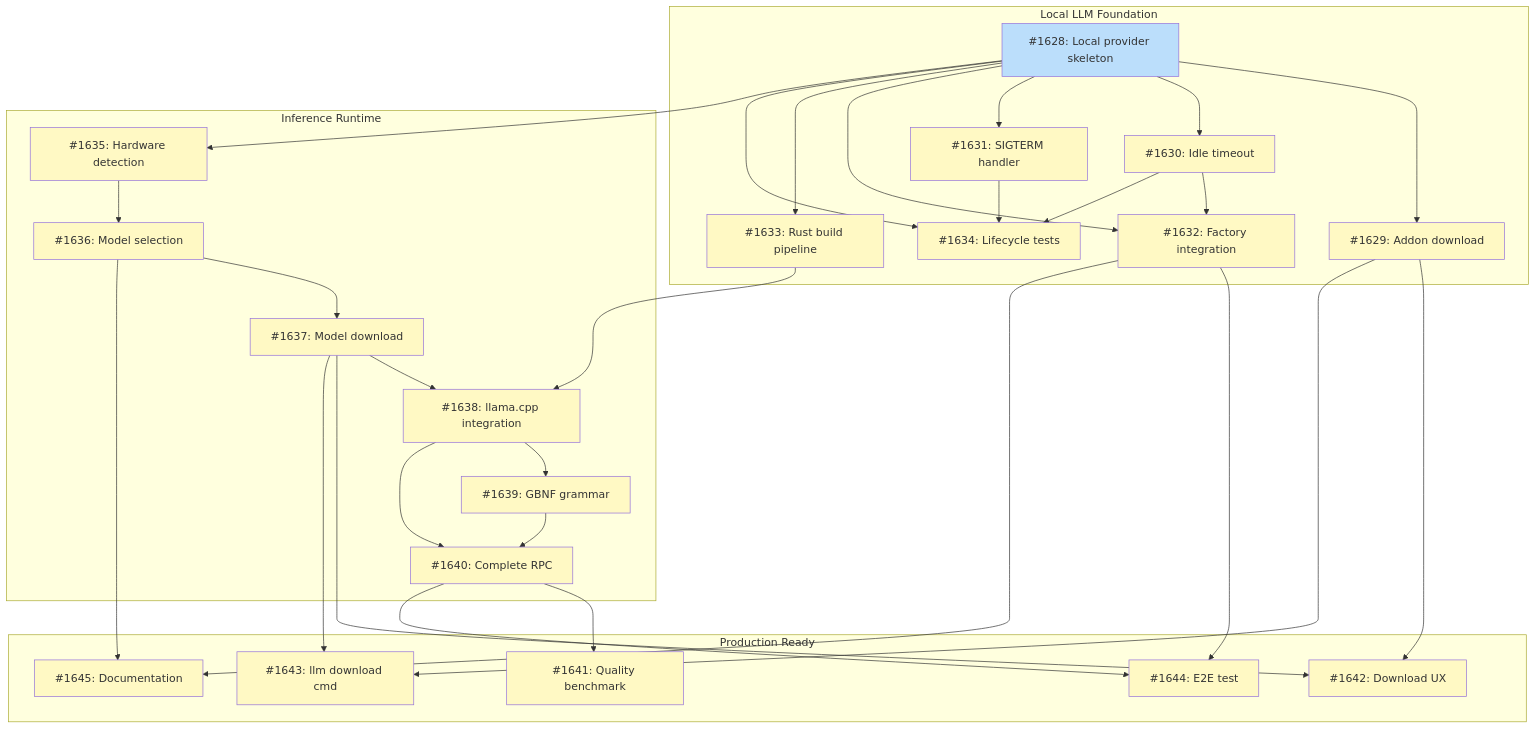
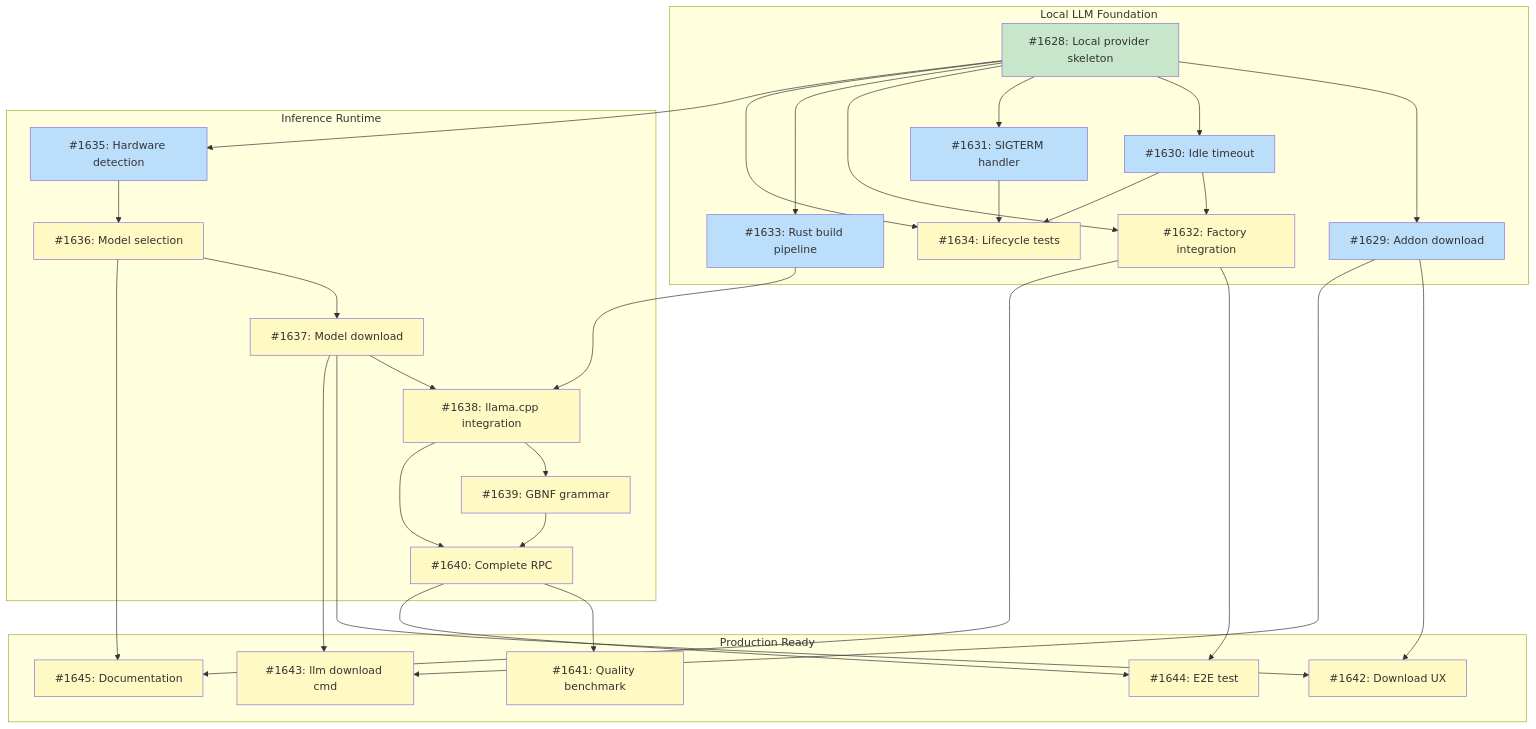
The diagram in docs/designs/DESIGN-local-llm-runtime.md (tsukumogami/tsuku), drawn with Mermaid before and after one commit. The commit also changed 4 other files, not shown here.

First line of the commit message:
chore: update diagram status and clean wip artifacts

````diff
--- a/docs/designs/DESIGN-local-llm-runtime.md
+++ b/docs/designs/DESIGN-local-llm-runtime.md
@@ -74,64 +74,65 @@
 ```mermaid
 graph TD
     subgraph M1["Local LLM Foundation"]
         I1628["#1628: Local provider skeleton"]
         I1629["#1629: Addon download"]
         I1630["#1630: Idle timeout"]
         I1631["#1631: SIGTERM handler"]
         I1632["#1632: Factory integration"]
         I1633["#1633: Rust build pipeline"]
         I1634["#1634: Lifecycle tests"]
     end
 
     subgraph M2["Inference Runtime"]
         I1635["#1635: Hardware detection"]
         I1636["#1636: Model selection"]
         I1637["#1637: Model download"]
         I1638["#1638: llama.cpp integration"]
         I1639["#1639: GBNF grammar"]
         I1640["#1640: Complete RPC"]
     end
 
     subgraph M3["Production Ready"]
         I1641["#1641: Quality benchmark"]
         I1642["#1642: Download UX"]
         I1643["#1643: llm download cmd"]
         I1644["#1644: E2E test"]
         I1645["#1645: Documentation"]
     end
 
     I1628 --> I1629
     I1628 --> I1630
     I1628 --> I1631
     I1628 --> I1632
     I1630 --> I1632
     I1628 --> I1633
     I1628 --> I1634
     I1630 --> I1634
     I1631 --> I1634
     I1628 --> I1635
     I1635 --> I1636
     I1636 --> I1637
     I1633 --> I1638
     I1637 --> I1638
     I1638 --> I1639
     I1638 --> I1640
     I1639 --> I1640
     I1640 --> I1641
     I1629 --> I1642
     I1637 --> I1642
     I1629 --> I1643
     I1637 --> I1643
     I1640 --> I1644
     I1632 --> I1644
     I1632 --> I1645
     I1636 --> I1645
 
     classDef done fill:#c8e6c9
     classDef ready fill:#bbdefb
     classDef blocked fill:#fff9c4
     classDef needsDesign fill:#e1bee7
 
-    class I1628 ready
-    class I1629,I1630,I1631,I1632,I1633,I1634,I1635,I1636,I1637,I1638,I1639,I1640,I1641,I1642,I1643,I1644,I1645 blocked
+    class I1628 done
+    class I1629,I1630,I1631,I1633,I1635 ready
+    class I1632,I1634,I1636,I1637,I1638,I1639,I1640,I1641,I1642,I1643,I1644,I1645 blocked
 ```
````
